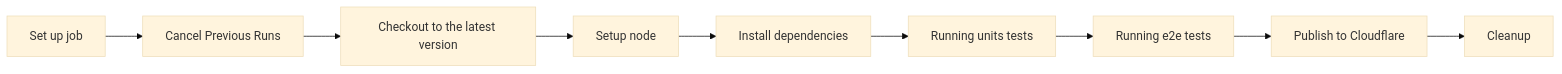
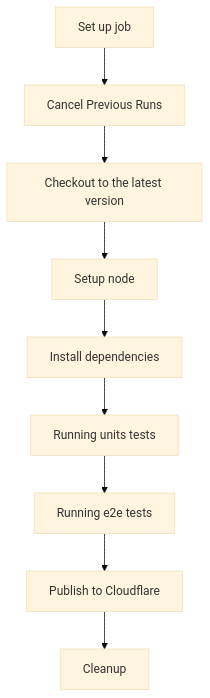
Before and after one commit to rossman-x/kuroco-social-network: the first of 3 diagrams in README.md, drawn with Mermaid (base theme).

````diff
--- a/README.md
+++ b/README.md
@@ -83,11 +83,11 @@
 ```mermaid
-flowchart LR;
+graph TD;
     A[Set up job] --> B[Cancel Previous Runs]
     B --> C[Checkout to the latest version]
     C --> D[Setup node]
     D --> E[Install dependencies]
     E --> F[Running units tests]
     F --> G[Running e2e tests]
     G --> H[Publish to Cloudflare]
     H --> I[Cleanup]
 ```
````
